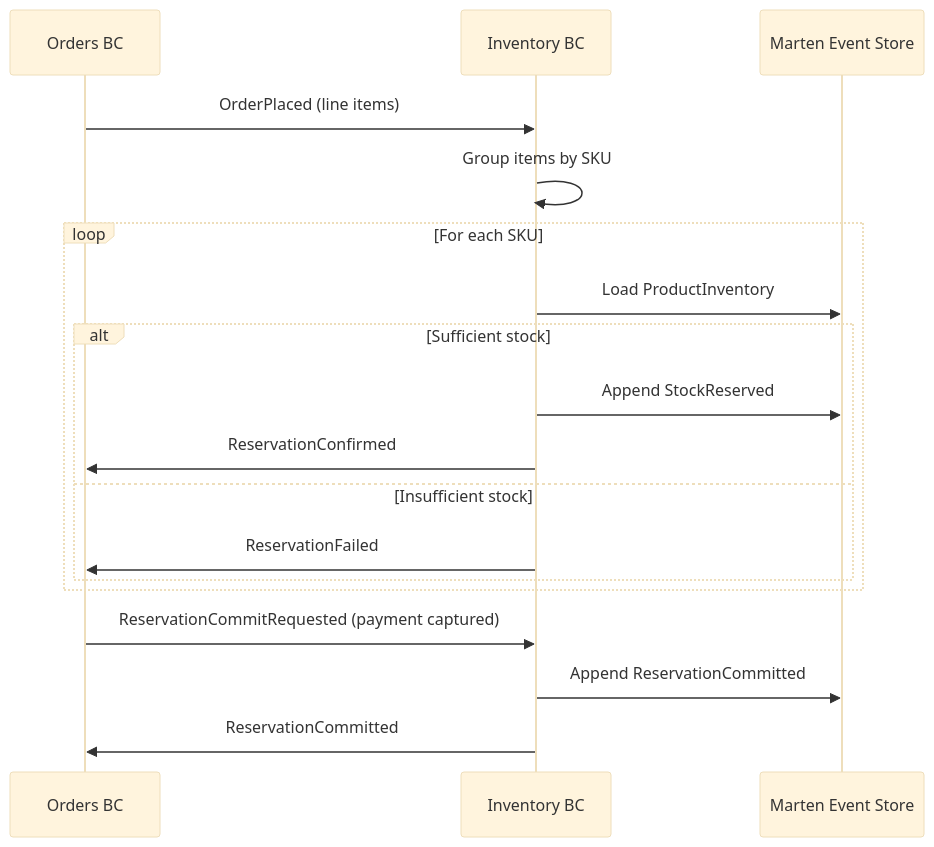
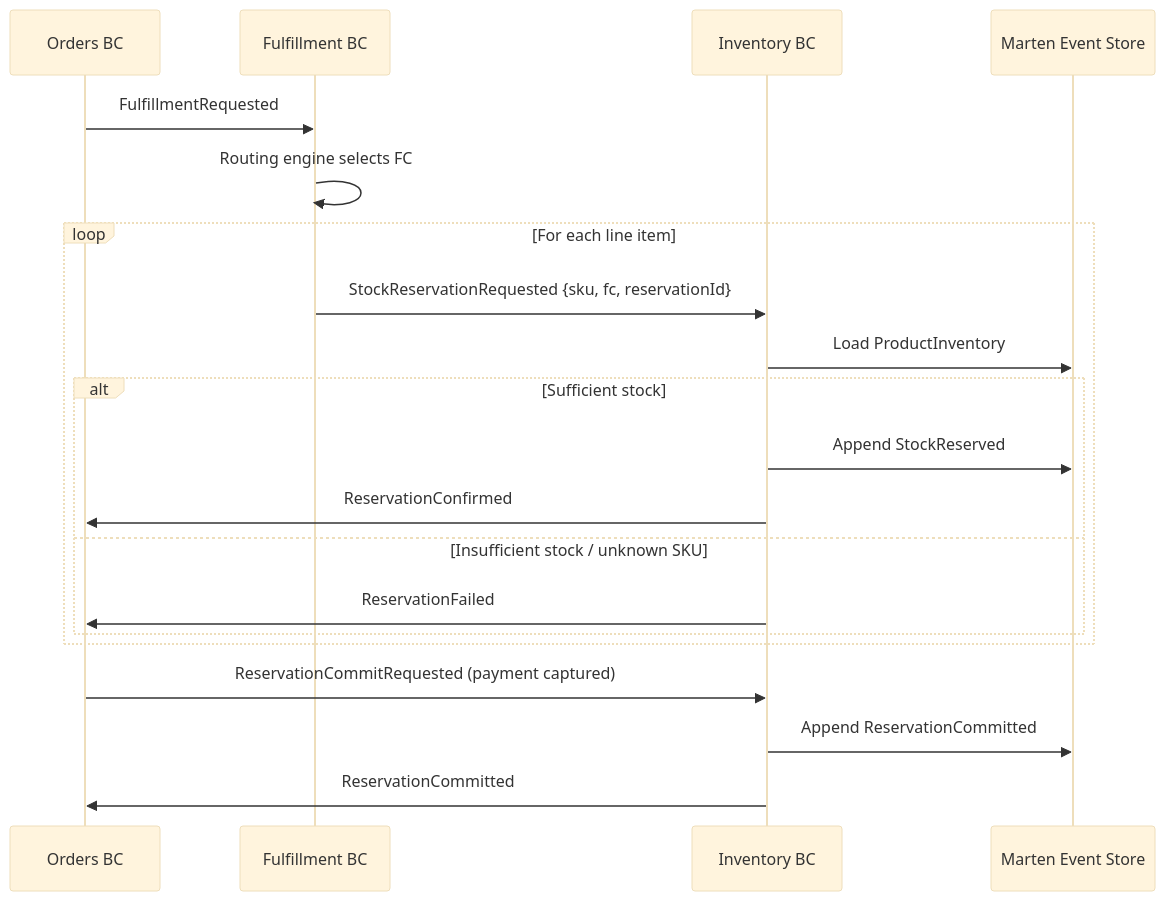
Before and after one commit to erikshafer/CritterSupply: the second of 8 diagrams in src/Inventory/Inventory.Api/README.md, drawn with Mermaid (base theme). The commit also changed other lines of this file and 5 other files, not shown here.

````diff
--- a/src/Inventory/Inventory.Api/README.md
+++ b/src/Inventory/Inventory.Api/README.md
@@ -67,22 +67,24 @@
 ```mermaid
 sequenceDiagram
     participant Orders as Orders BC
+    participant Ful as Fulfillment BC
     participant Inv as Inventory BC
     participant Marten as Marten Event Store
 
-    Orders->>Inv: OrderPlaced (line items)
-    Inv->>Inv: Group items by SKU
-    loop For each SKU
+    Orders->>Ful: FulfillmentRequested
+    Ful->>Ful: Routing engine selects FC
+    loop For each line item
+        Ful->>Inv: StockReservationRequested {sku, fc, reservationId}
         Inv->>Marten: Load ProductInventory
         alt Sufficient stock
             Inv->>Marten: Append StockReserved
             Inv->>Orders: ReservationConfirmed
-        else Insufficient stock
+        else Insufficient stock / unknown SKU
             Inv->>Orders: ReservationFailed
         end
     end
 
     Orders->>Inv: ReservationCommitRequested (payment captured)
     Inv->>Marten: Append ReservationCommitted
     Inv->>Orders: ReservationCommitted
 ```
````
